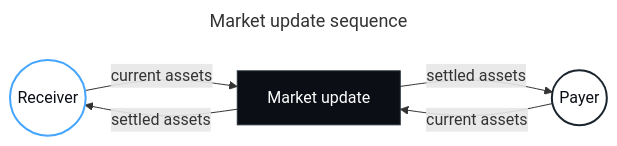
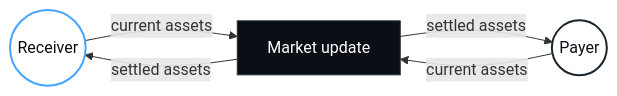
Before and after one commit to Null-Solutions/v1-docs: the diagram in diagrams/market-update-sequence.mmd, drawn with Mermaid. The commit also changed 24 other files, not shown here.

Commit message:
Update docs diagram assets

```diff
--- a/diagrams/market-update-sequence.mmd
+++ b/diagrams/market-update-sequence.mmd
@@ -1,19 +1,16 @@
----
-title: Market update sequence
----
 flowchart LR
   receiver(("Receiver"))
   update["Market update"]
   payer(("Payer"))
 
   receiver -- "current assets" --> update
   payer -- "current assets" --> update
   update -- "settled assets" --> receiver
   update -- "settled assets" --> payer
 
   classDef receiver fill:#FFFFFF,color:#0B0E15,stroke:#45A5FF,stroke-width:2px;
   classDef payer fill:#FFFFFF,color:#0B0E15,stroke:#1B252D,stroke-width:2px;
   classDef core fill:#0B0E15,color:#FFFFFF,stroke:#243038,stroke-width:1px;
   class receiver receiver;
   class payer payer;
   class update core;
```
